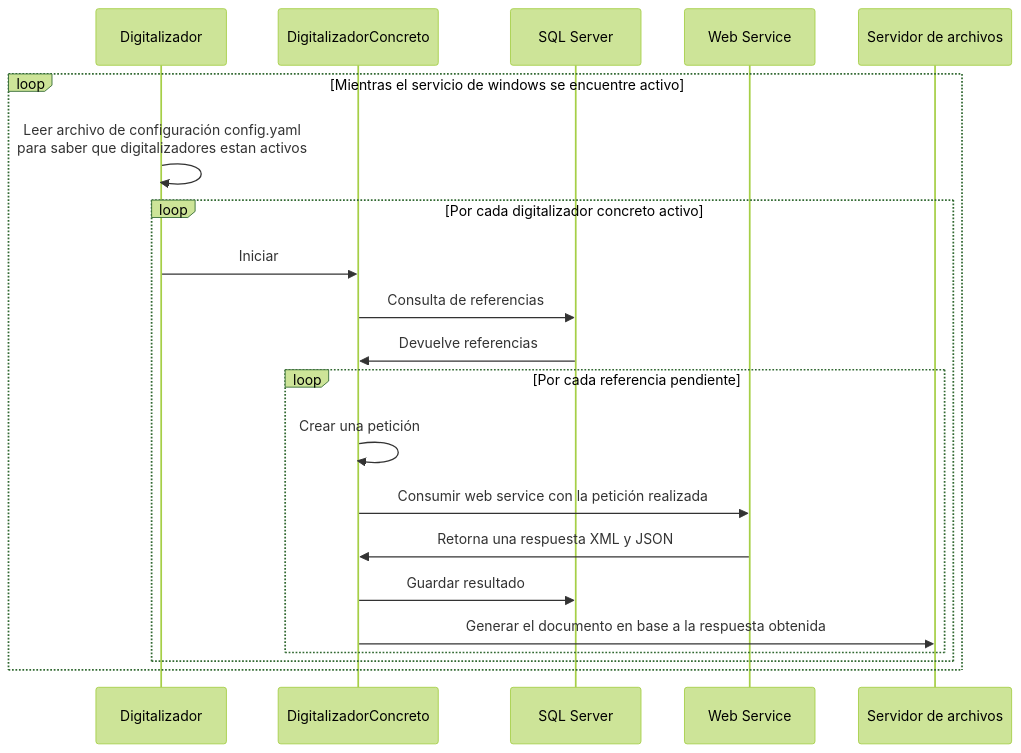
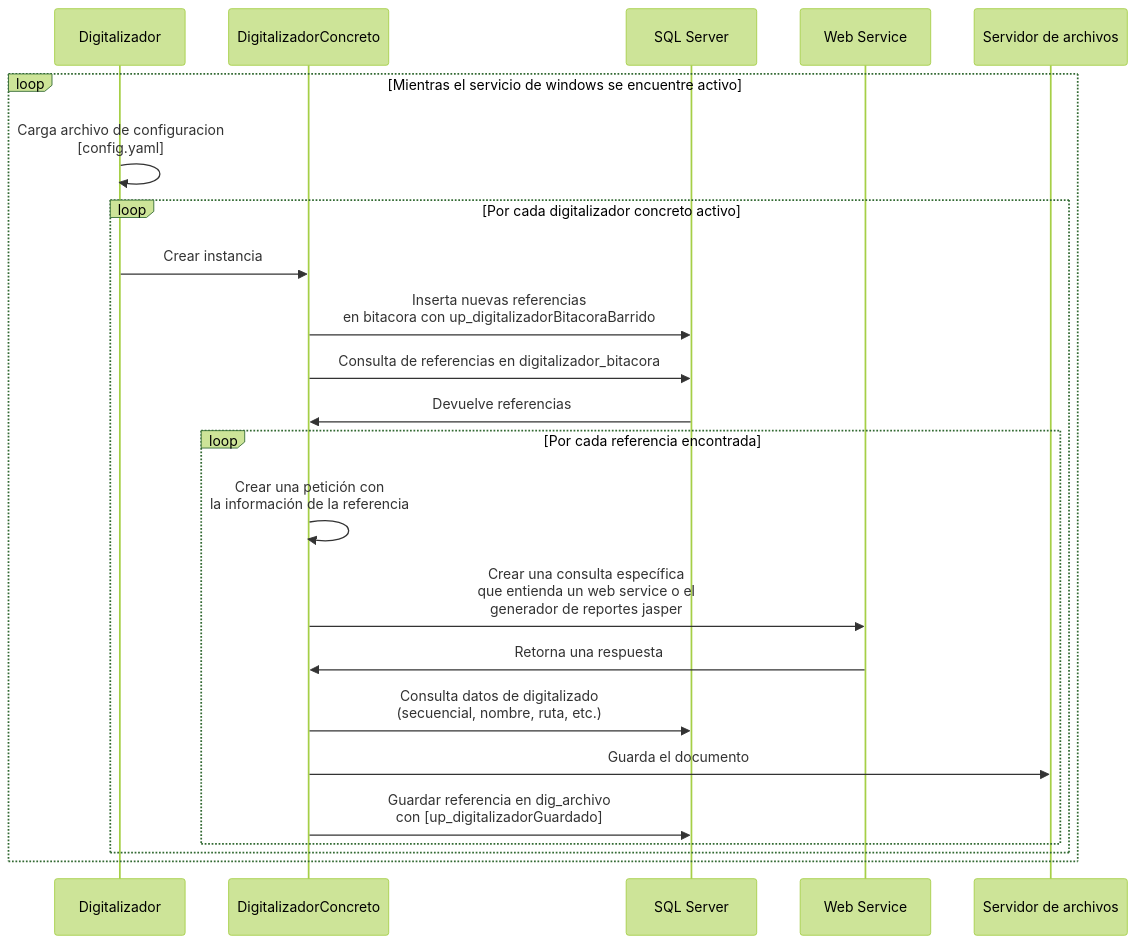
Before and after one commit to fegarza/aduasis-doc: the second of 2 diagrams in docs/digitalizador/introduccion.md, drawn with Mermaid (forest theme). The commit also changed other lines of this file and 2 other files, not shown here.

Commit message:
fix: actualizado de documentacion de digitalizado

````diff
--- a/docs/digitalizador/introduccion.md
+++ b/docs/digitalizador/introduccion.md
@@ -41,28 +40,30 @@
 ```mermaid
     sequenceDiagram
         
         participant Digitalizador
         participant DigitalizadorConcreto
         participant SQL Server
         participant Web Service
         participant Servidor de archivos
 
         loop Mientras el servicio de windows se encuentre activo
-            Digitalizador->>Digitalizador: Leer archivo de configuración config.yaml <br>  para saber que digitalizadores estan activos
+            Digitalizador->>Digitalizador: Carga archivo de configuracion <br> [config.yaml]
 
             loop Por cada digitalizador concreto activo
-                Digitalizador->>DigitalizadorConcreto: Iniciar
-                DigitalizadorConcreto->>SQL Server: Consulta de referencias
+                Digitalizador->>DigitalizadorConcreto: Crear instancia
+                DigitalizadorConcreto->>SQL Server: Inserta nuevas referencias <br> en bitacora con up_digitalizadorBitacoraBarrido 
+                DigitalizadorConcreto->>SQL Server: Consulta de referencias en digitalizador_bitacora
                 SQL Server->>DigitalizadorConcreto: Devuelve referencias
 
-                loop Por cada referencia pendiente
-                    DigitalizadorConcreto->>DigitalizadorConcreto: Crear una petición
-                    DigitalizadorConcreto->>Web Service: Consumir web service con la petición realizada
-                    Web Service->>DigitalizadorConcreto: Retorna una respuesta XML y JSON
-                    DigitalizadorConcreto->>SQL Server: Guardar resultado
-                    DigitalizadorConcreto->>Servidor de archivos: Generar el documento en base a la respuesta obtenida
+                loop Por cada referencia encontrada
+                    DigitalizadorConcreto->>DigitalizadorConcreto: Crear una petición con <br> la información de la referencia
+                    DigitalizadorConcreto->>Web Service: Crear una consulta específica <br> que entienda un web service o el <br> generador de reportes jasper
+                    Web Service->>DigitalizadorConcreto: Retorna una respuesta
+                    DigitalizadorConcreto->>SQL Server: Consulta datos de digitalizado <br> (secuencial, nombre, ruta, etc.)
+                    DigitalizadorConcreto->>Servidor de archivos: Guarda el documento
+                    DigitalizadorConcreto->>SQL Server: Guardar referencia en dig_archivo <br> con [up_digitalizadorGuardado] 
                 end
 
             end
         end
 ```
````
